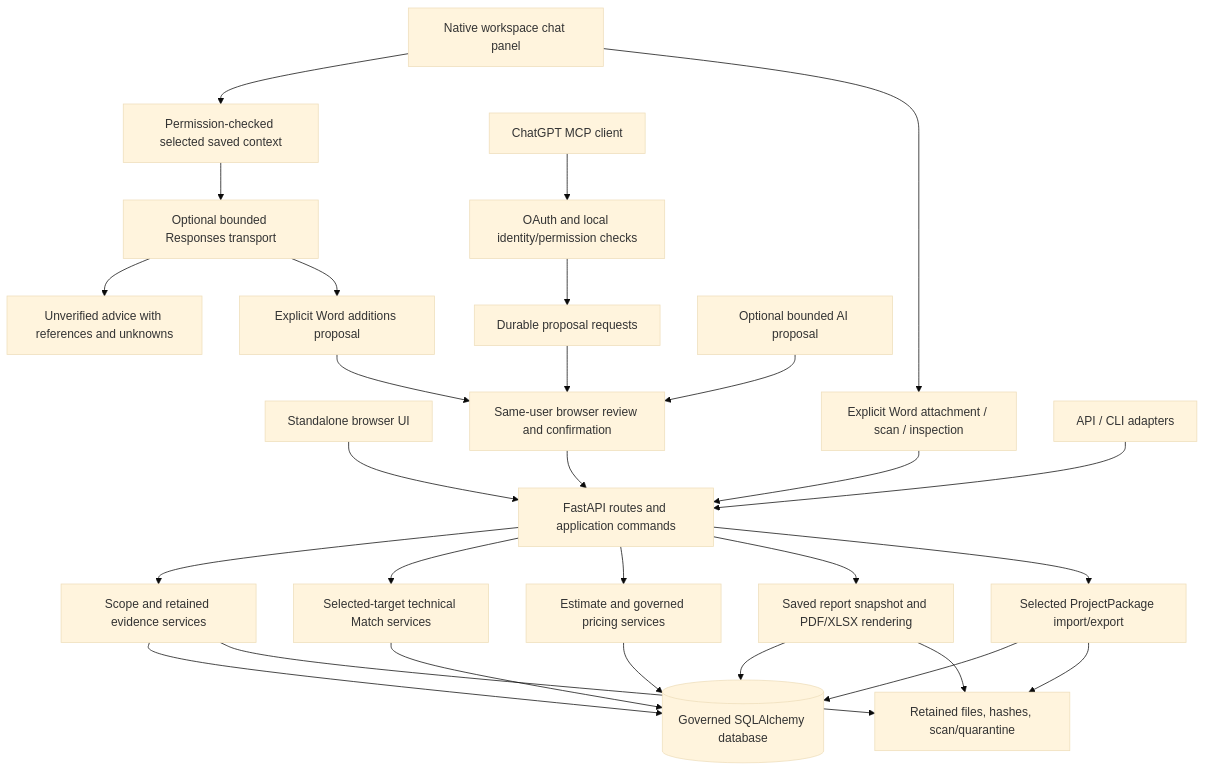
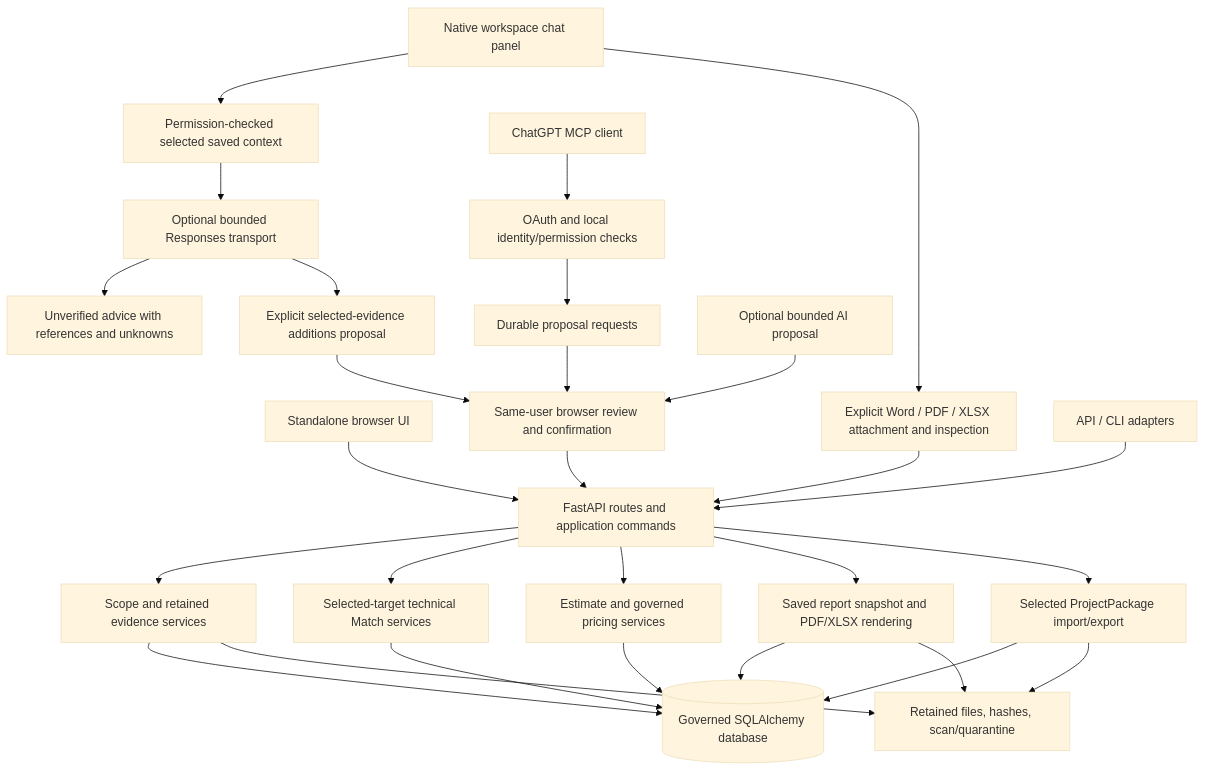
The diagram in docs/CLASSIFIRE_ARCHITECTURE.md (Slayde91/classifire), drawn with Mermaid (base theme) before and after one commit. The commit also changed other lines of this file and 15 other files, not shown here.

Commit message:
feat(workspace): review selected Excel evidence as Scope additions

````diff
--- a/docs/CLASSIFIRE_ARCHITECTURE.md
+++ b/docs/CLASSIFIRE_ARCHITECTURE.md
@@ -29,30 +29,30 @@
 ```mermaid
 flowchart TD
   UI[Standalone browser UI] --> APP[FastAPI routes and application commands]
   PANEL[Native workspace chat panel] --> READ[Permission-checked selected saved context]
-  PANEL --> WORD[Explicit Word attachment / scan / inspection]
+  PANEL --> WORD[Explicit Word / PDF / XLSX attachment and inspection]
   WORD --> APP
   READ --> PORT[Optional bounded Responses transport]
   PORT --> ADVICE[Unverified advice with references and unknowns]
-  PORT --> ADD[Explicit Word additions proposal]
+  PORT --> ADD[Explicit selected-evidence additions proposal]
   ADD --> HUMAN
   CHAT[ChatGPT MCP client] --> AUTH[OAuth and local identity/permission checks]
   AUTH --> PROPOSE[Durable proposal requests]
   PROPOSE --> HUMAN[Same-user browser review and confirmation]
   HUMAN --> APP
   API[API / CLI adapters] --> APP
   APP --> SCOPE[Scope and retained evidence services]
   APP --> MATCH[Selected-target technical Match services]
   APP --> EST[Estimate and governed pricing services]
   APP --> REPORT[Saved report snapshot and PDF/XLSX rendering]
   APP --> PACK[Selected ProjectPackage import/export]
   SCOPE --> DB[(Governed SQLAlchemy database)]
   MATCH --> DB
   EST --> DB
   REPORT --> DB
   PACK --> DB
   SCOPE --> STORE[Retained files, hashes, scan/quarantine]
   REPORT --> STORE
   PACK --> STORE
   AI[Optional bounded AI proposal] --> HUMAN
 ```
````
